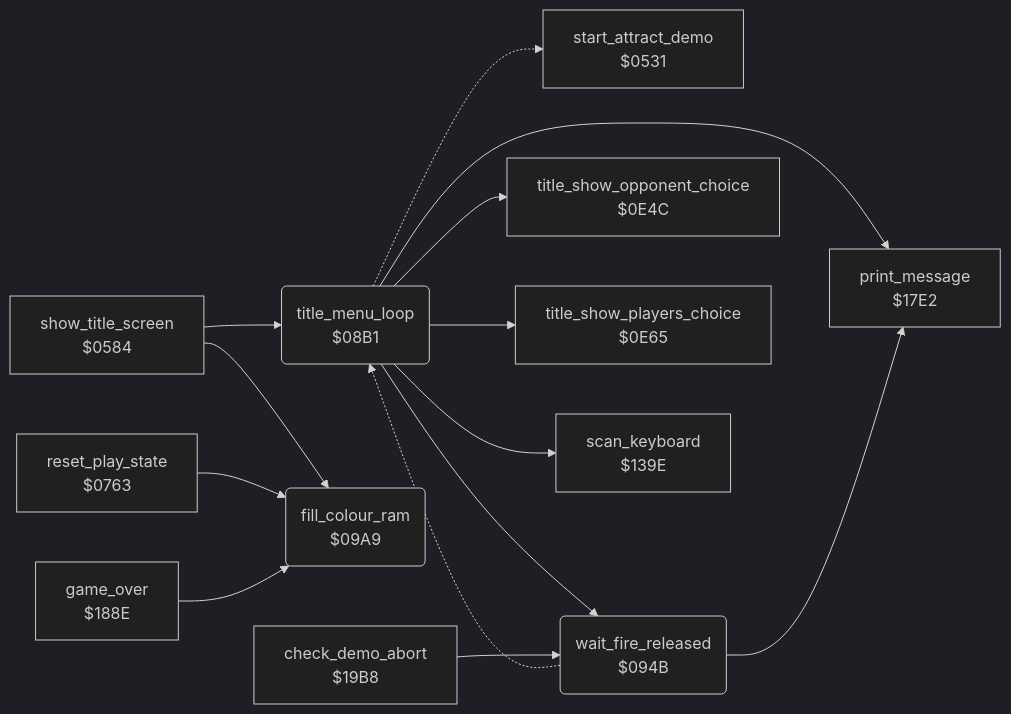
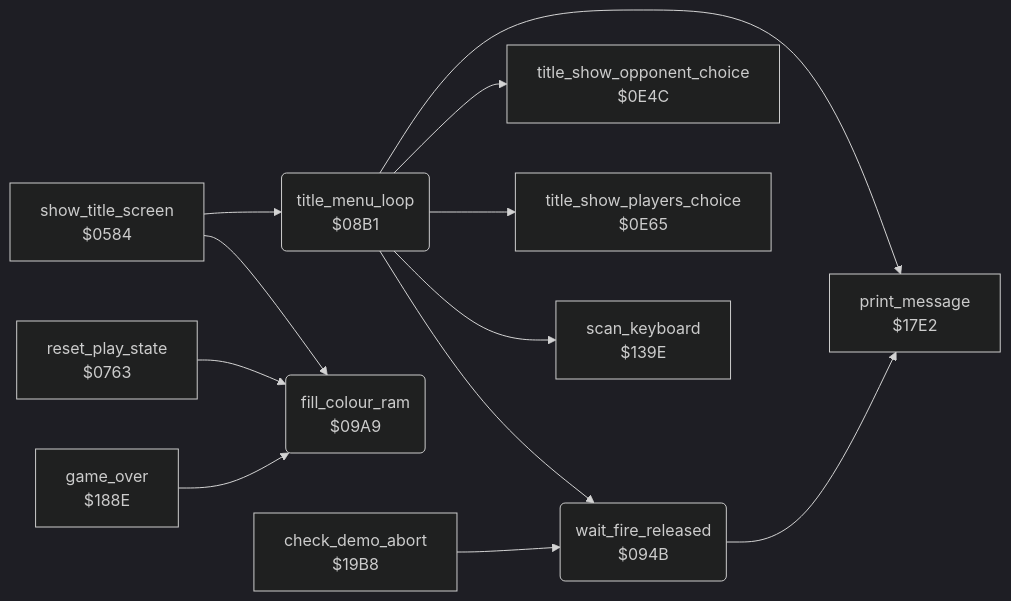
One commit to henols/c64_games changed the diagram in bruce_lee/docs/reference/modules/game/title_menu.md. Above: the diagram before and after it, drawn with Mermaid (dark theme). The commit also changed other lines of this file and 236 other files, not shown here.

````diff
--- a/bruce_lee/docs/reference/modules/game/title_menu.md
+++ b/bruce_lee/docs/reference/modules/game/title_menu.md
@@ -10,28 +24,25 @@
 ```mermaid
 flowchart LR
-  n0531["start_attract_demo<br/>$0531"]
   n0584["show_title_screen<br/>$0584"]
   n0763["reset_play_state<br/>$0763"]
   n08b1("title_menu_loop<br/>$08B1")
   n094b("wait_fire_released<br/>$094B")
   n09a9("fill_colour_ram<br/>$09A9")
   n0e4c["title_show_opponent_choice<br/>$0E4C"]
   n0e65["title_show_players_choice<br/>$0E65"]
   n139e["scan_keyboard<br/>$139E"]
   n17e2["print_message<br/>$17E2"]
   n188e["game_over<br/>$188E"]
   n19b8["check_demo_abort<br/>$19B8"]
   n0584 --> n08b1
   n0584 --> n09a9
   n0763 --> n09a9
-  n08b1 -.-> n0531
   n08b1 --> n094b
   n08b1 --> n0e4c
   n08b1 --> n0e65
   n08b1 --> n139e
   n08b1 --> n17e2
-  n094b -.-> n08b1
   n094b --> n17e2
   n188e --> n09a9
   n19b8 --> n094b
 ```
````
